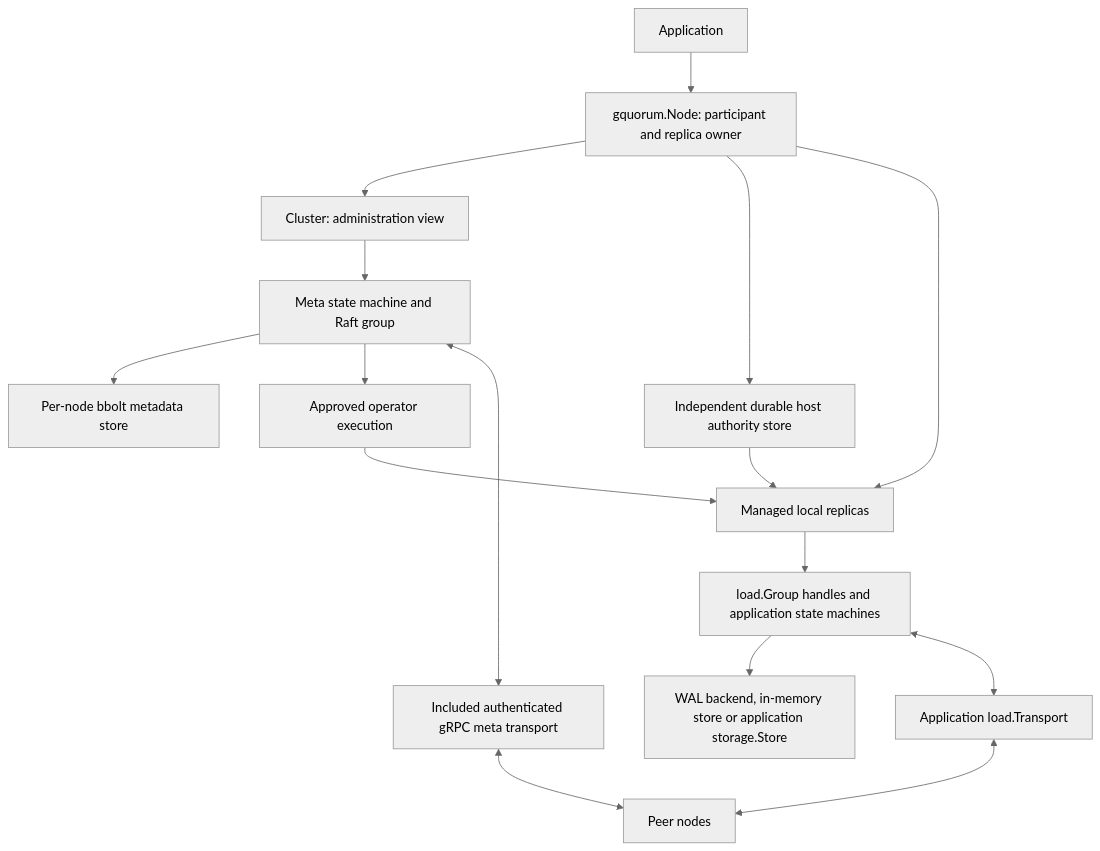
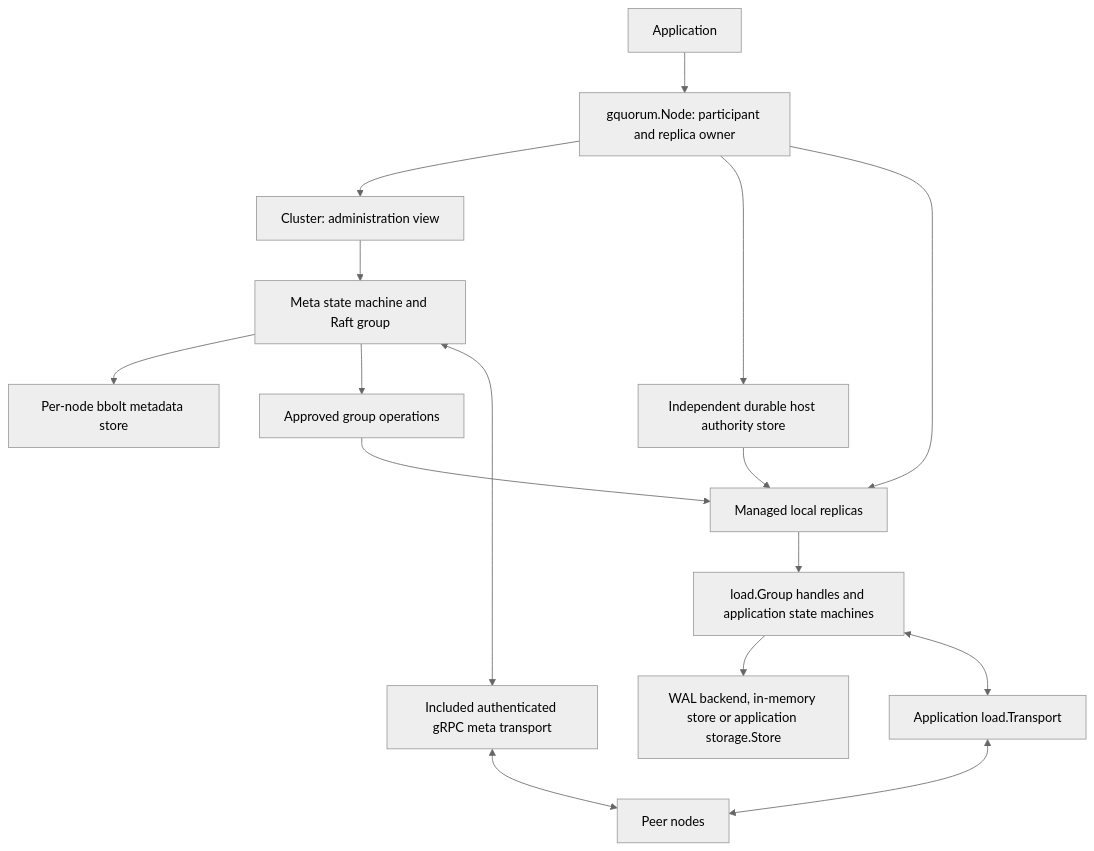
One commit to asalimonov/gquorum changed the diagram in docs/architecture/raft.md. Above: the diagram before and after it, drawn with Mermaid (neutral theme). The commit also changed other lines of this file and 7 other files, not shown here.

````diff
--- a/docs/architecture/raft.md
+++ b/docs/architecture/raft.md
@@ -80,18 +83,18 @@
 ```mermaid
 flowchart TD
     App[Application] --> Node[gquorum.Node: participant and replica owner]
     Node --> Cluster[Cluster: administration view]
     Cluster --> Meta[Meta state machine and Raft group]
     Meta --> MetaStore[Per-node bbolt metadata store]
     Node --> AuthorityStore[Independent durable host authority store]
-    Meta --> Operator[Approved operator execution]
+    Meta --> Operator[Approved group operations]
     Operator --> Managed[Managed local replicas]
     Node --> Managed
     AuthorityStore --> Managed
     Managed --> Loads[load.Group handles and application state machines]
     Loads --> LoadStore[WAL backend, in-memory store or application storage.Store]
     Meta <--> MetaNet[Included authenticated gRPC meta transport]
     Loads <--> LoadNet[Application load.Transport]
     MetaNet <--> Peers[Peer nodes]
     LoadNet <--> Peers
 ```
````
